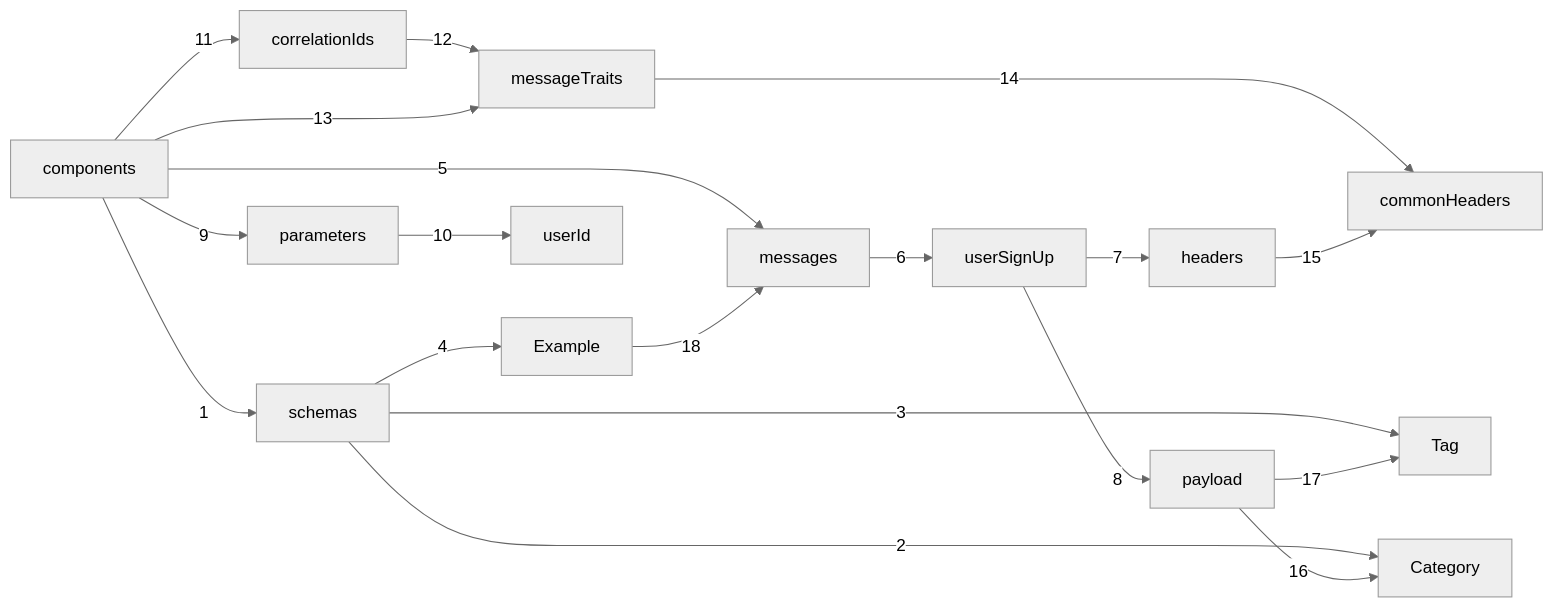
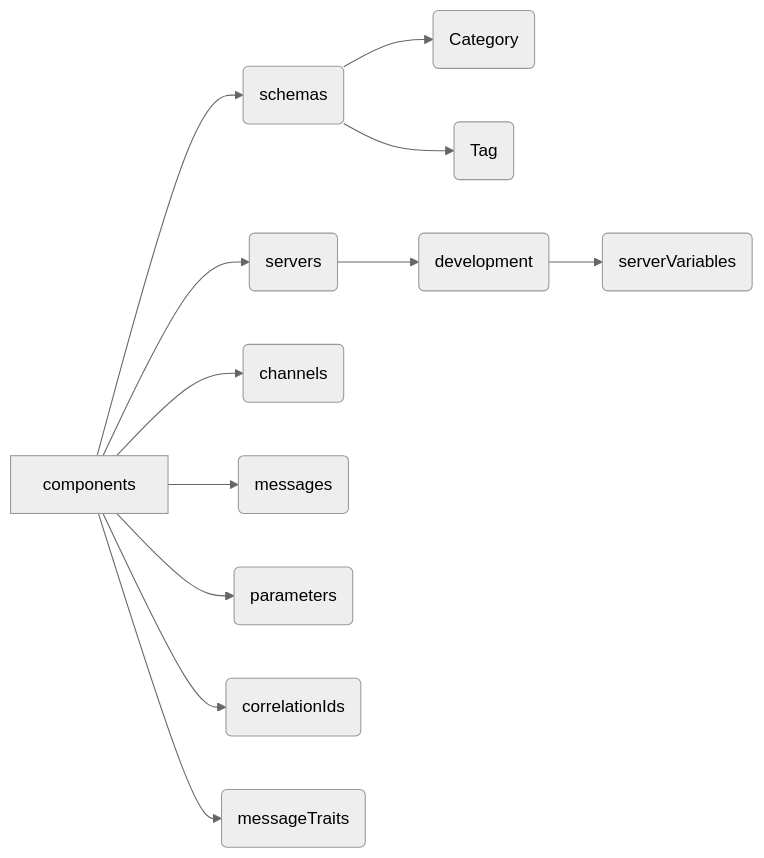
Before and after one commit to asyncapi/website: the sixth of 6 diagrams in pages/docs/concepts/asyncapi-document/structure.md, drawn with Mermaid (neutral theme). The commit also changed other lines of this file, not shown here.

````diff
--- a/pages/docs/concepts/asyncapi-document/structure.md
+++ b/pages/docs/concepts/asyncapi-document/structure.md
@@ -352,36 +311,27 @@
 ```mermaid
 graph LR
-A[components]
-B[schemas]
-C[Category]
-D[Tag]
-E[Example]
-F[messages]
-G[userSignUp]
-H[headers]
-I[payload]
-J[parameters]
-K[correlationIds]
-L[messageTraits]
-M[userId]
-N[commonHeaders]
+  A[components]
+  B(schemas)
+  C(Category)
+  D(Tag)
+  G(servers)
+  H(development)
+  I(serverVariables)
+  L(channels)
+  P(messages)
+  U(parameters)
+  W(correlationIds)
+  Y(messageTraits)
 
-A -->|1| B
-B -->|2| C
-B -->|3| D
-B -->|4| E
-A -->|5| F
-F -->|6| G
-G -->|7| H
-G -->|8| I
-A -->|9| J
-J -->|10| M
-A -->|11| K
-K -->|12| L
-A -->|13| L
-L -->|14| N
-H -->|15| N
-I -->|16| C
-I -->|17| D
-E -->|18| F
+  A --> B
+  B --> C
+  B --> D
+  A --> G
+  G --> H
+  H --> I
+  A --> L
+  A --> P
+  A --> U
+  A --> W
+  A --> Y
 ```
````
